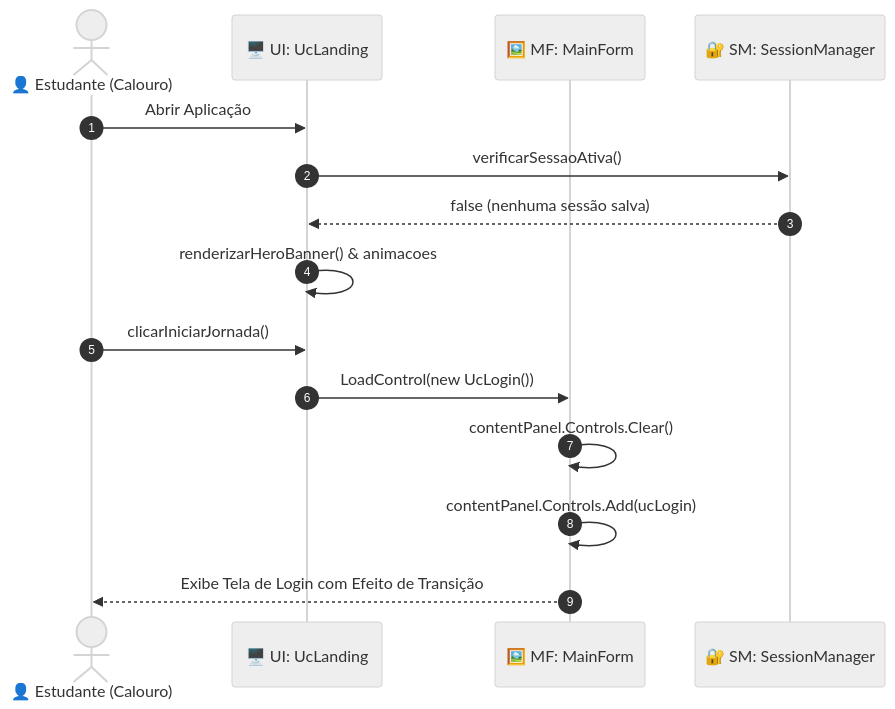
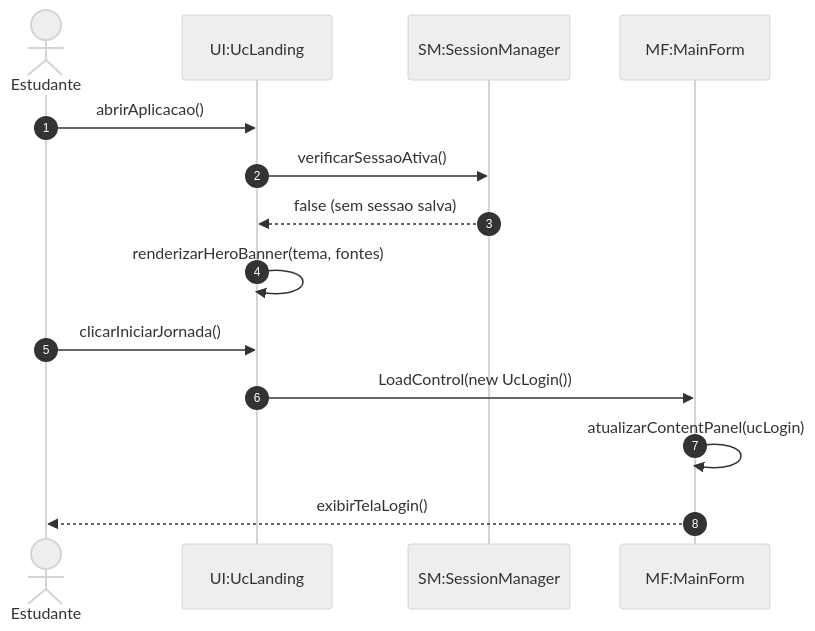
One commit to Pim-Unip2025/desktop changed the second of 12 diagrams in DiagramaDeSequencia.md. Above: the diagram before and after it, drawn with Mermaid (neutral theme). The commit also changed other lines of this file and 66 other files, not shown here.

Commit message:
feat(desktop): adiciona Setup/QA Runner com teste de rede, acessibilidade tipografica, listagem completa no Admin e reorganiza diagramas UML (Classes, Atividades e Sequencia)

````diff
--- a/DiagramaDeSequencia.md
+++ b/DiagramaDeSequencia.md
@@ -141,18 +121,17 @@
 ```mermaid
 sequenceDiagram
     autonumber
-    actor Aluno as 👤 Estudante (Calouro)
-    participant UI as 🖥️ UI: UcLanding
-    participant MF as 🖼️ MF: MainForm
-    participant SM as 🔐 SM: SessionManager
+    actor Aluno as Estudante
+    participant UI as UI:UcLanding
+    participant SM as SM:SessionManager
+    participant MF as MF:MainForm
 
-    Aluno->>UI: Abrir Aplicação
+    Aluno->>UI: abrirAplicacao()
     UI->>SM: verificarSessaoAtiva()
-    SM-->>UI: false (nenhuma sessão salva)
-    UI->>UI: renderizarHeroBanner() & animacoes
+    SM-->>UI: false (sem sessao salva)
+    UI->>UI: renderizarHeroBanner(tema, fontes)
     Aluno->>UI: clicarIniciarJornada()
     UI->>MF: LoadControl(new UcLogin())
-    MF->>MF: contentPanel.Controls.Clear()
-    MF->>MF: contentPanel.Controls.Add(ucLogin)
-    MF-->>Aluno: Exibe Tela de Login com Efeito de Transição
+    MF->>MF: atualizarContentPanel(ucLogin)
+    MF-->>Aluno: exibirTelaLogin()
 ```
````
